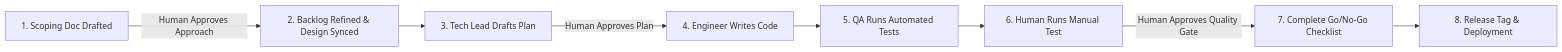
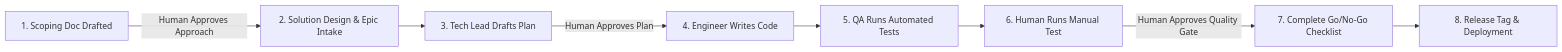
Before and after one commit to tinhct/archi-check: the diagram in docs/PM/AI_Scrum_Governance_Whitepaper.md, drawn with Mermaid. The commit also changed other lines of this file, not shown here.

Commit message:
docs: explicitly document Solution Design actions and approval gate in PM whitepaper

````diff
--- a/docs/PM/AI_Scrum_Governance_Whitepaper.md
+++ b/docs/PM/AI_Scrum_Governance_Whitepaper.md
@@ -112,10 +112,10 @@
 ```mermaid
 flowchart LR
-    Scoping[1. Scoping Doc Drafted] -->|Human Approves Approach| Intake[2. Backlog Refined & Design Synced]
-    Intake --> Plan[3. Tech Lead Drafts Plan]
+    Scoping[1. Scoping Doc Drafted] -->|Human Approves Approach| Design[2. Solution Design & Epic Intake]
+    Design --> Plan[3. Tech Lead Drafts Plan]
     Plan -->|Human Approves Plan| Code[4. Engineer Writes Code]
     Code --> Test[5. QA Runs Automated Tests]
     Test --> Manual[6. Human Runs Manual Test]
     Manual -->|Human Approves Quality Gate| GoNoGo[7. Complete Go/No-Go Checklist]
     GoNoGo --> Release[8. Release Tag & Deployment]
 ```
````
